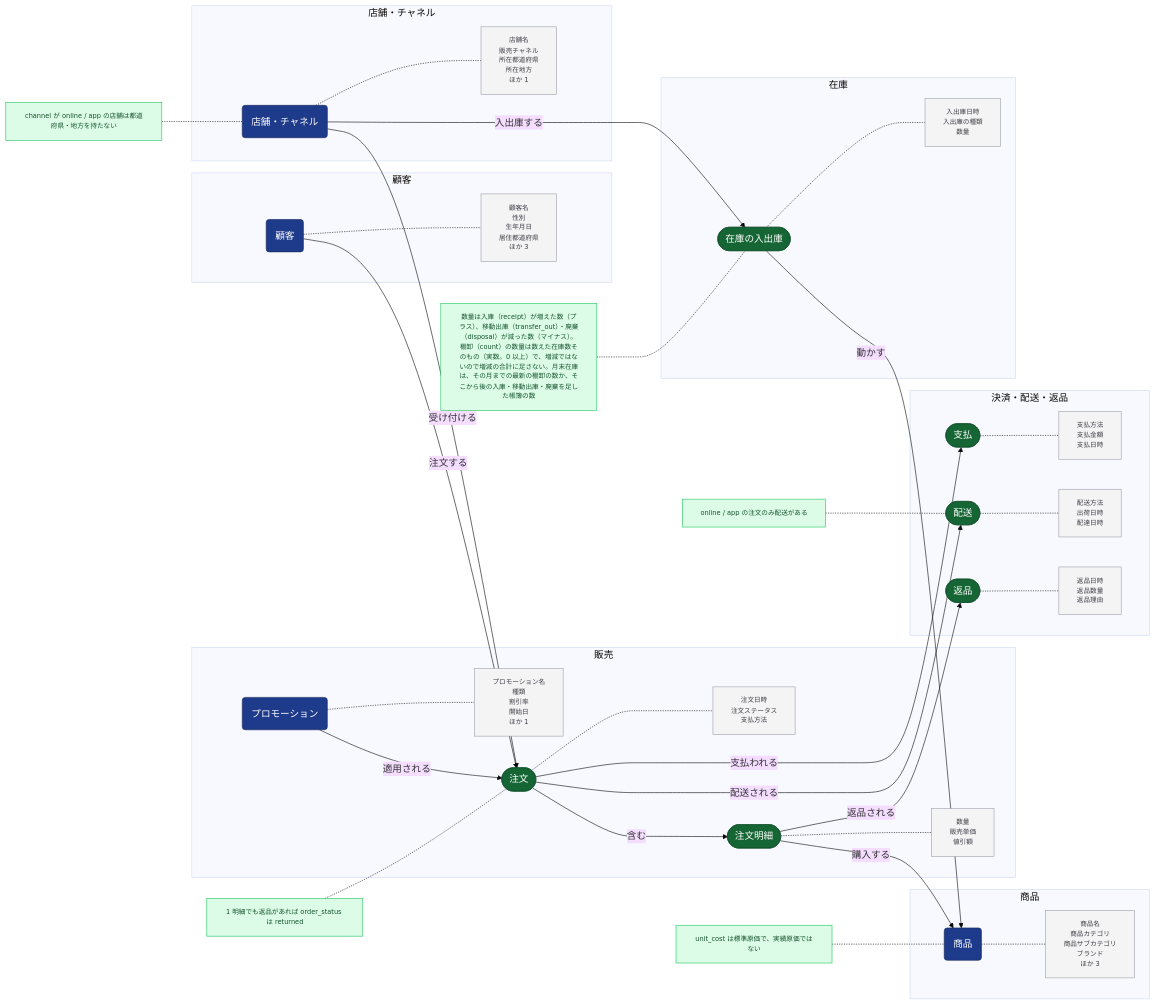
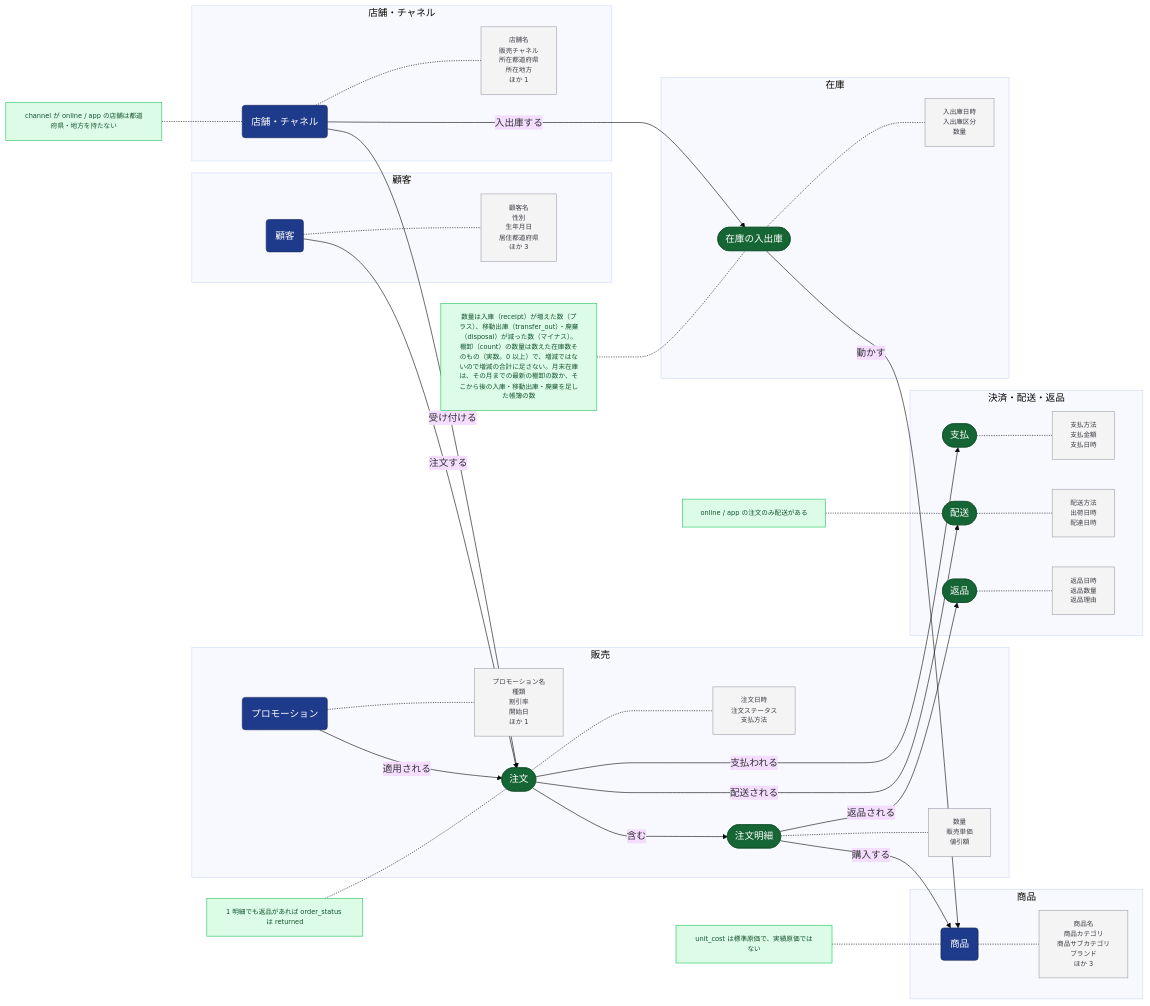
Before and after one commit to daikono313/agentic-data-platform: the diagram in docs/ontology.md, drawn with Mermaid (base theme). The commit also changed other lines of this file and 10 other files, not shown here.

````diff
--- a/docs/ontology.md
+++ b/docs/ontology.md
@@ -9,71 +9,71 @@
 ```mermaid
 flowchart LR
   subgraph d_sales["販売"]
     c_promotion("プロモーション")
     a_promotion["プロモーション名<br/>種類<br/>割引率<br/>開始日<br/>ほか 1"]:::attr
     c_order(["注文"])
     a_order["注文日時<br/>注文ステータス<br/>支払方法"]:::attr
     c_order_line(["注文明細"])
     a_order_line["数量<br/>販売単価<br/>値引額"]:::attr
   end
   subgraph d_merchandise["商品"]
     c_product("商品")
     a_product["商品名<br/>商品カテゴリ<br/>商品サブカテゴリ<br/>ブランド<br/>ほか 3"]:::attr
   end
   subgraph d_customer["顧客"]
     c_customer("顧客")
     a_customer["顧客名<br/>性別<br/>生年月日<br/>居住都道府県<br/>ほか 3"]:::attr
   end
   subgraph d_channel["店舗・チャネル"]
     c_store("店舗・チャネル")
     a_store["店舗名<br/>販売チャネル<br/>所在都道府県<br/>所在地方<br/>ほか 1"]:::attr
   end
   subgraph d_fulfillment["決済・配送・返品"]
     c_payment(["支払"])
     a_payment["支払方法<br/>支払金額<br/>支払日時"]:::attr
     c_shipment(["配送"])
     a_shipment["配送方法<br/>出荷日時<br/>配達日時"]:::attr
     c_return(["返品"])
     a_return["返品日時<br/>返品数量<br/>返品理由"]:::attr
   end
   subgraph d_inventory["在庫"]
     c_inventory_movement(["在庫の入出庫"])
-    a_inventory_movement["入出庫日時<br/>入出庫の種類<br/>数量"]:::attr
+    a_inventory_movement["入出庫日時<br/>入出庫区分<br/>数量"]:::attr
   end
   c_customer -.- a_customer
   c_product -.- a_product
   c_store -.- a_store
   c_promotion -.- a_promotion
   c_order -.- a_order
   c_order_line -.- a_order_line
   c_payment -.- a_payment
   c_shipment -.- a_shipment
   c_return -.- a_return
   c_inventory_movement -.- a_inventory_movement
   c_customer -- "注文する" --> c_order
   c_store -- "受け付ける" --> c_order
   c_promotion -- "適用される" --> c_order
   c_order -- "含む" --> c_order_line
   c_order_line -- "購入する" --> c_product
   c_order -- "支払われる" --> c_payment
   c_order -- "配送される" --> c_shipment
   c_order_line -- "返品される" --> c_return
   c_store -- "入出庫する" --> c_inventory_movement
   c_inventory_movement -- "動かす" --> c_product
   k_0["channel が online / app の店舗は都道府県・地方を持たない"]:::constraint
   k_0 -.- c_store
   k_1["1 明細でも返品があれば order_status は returned"]:::constraint
   k_1 -.- c_order
   k_2["online / app の注文のみ配送がある"]:::constraint
   k_2 -.- c_shipment
   k_3["unit_cost は標準原価で、実績原価ではない"]:::constraint
   k_3 -.- c_product
   k_4["数量は入庫（receipt）が増えた数（プラス）、移動出庫（transfer_out）・廃棄（disposal）が減った数（マイナス）。棚卸（count）の数量は数えた在庫数そのもの（実数。0 以上）で、増減ではないので増減の合計に足さない。月末在庫は、その月までの最新の棚卸の数か、そこから後の入庫・移動出庫・廃棄を足した帳簿の数"]:::constraint
   k_4 -.- c_inventory_movement
   classDef attr fill:#f4f4f5,stroke:#a1a1aa,color:#3f3f46,font-size:11px
   classDef constraint fill:#dcfce7,stroke:#22c55e,color:#14532d,font-size:11px
   classDef event fill:#166534,stroke:#14532d,color:#ffffff
   classDef entity fill:#1e3a8a,stroke:#172554,color:#ffffff
   class c_order,c_order_line,c_payment,c_shipment,c_return,c_inventory_movement event
   class c_customer,c_product,c_store,c_promotion entity
 ```
````
